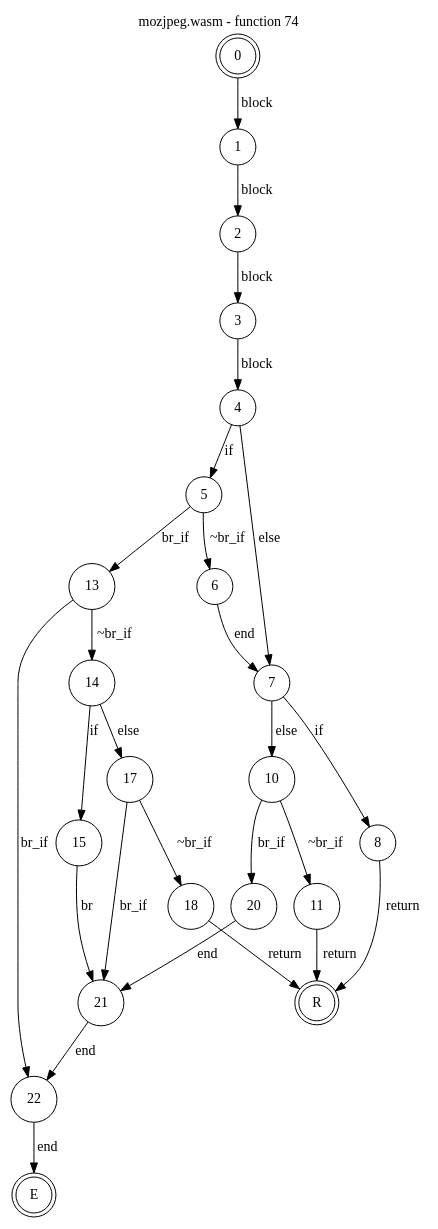
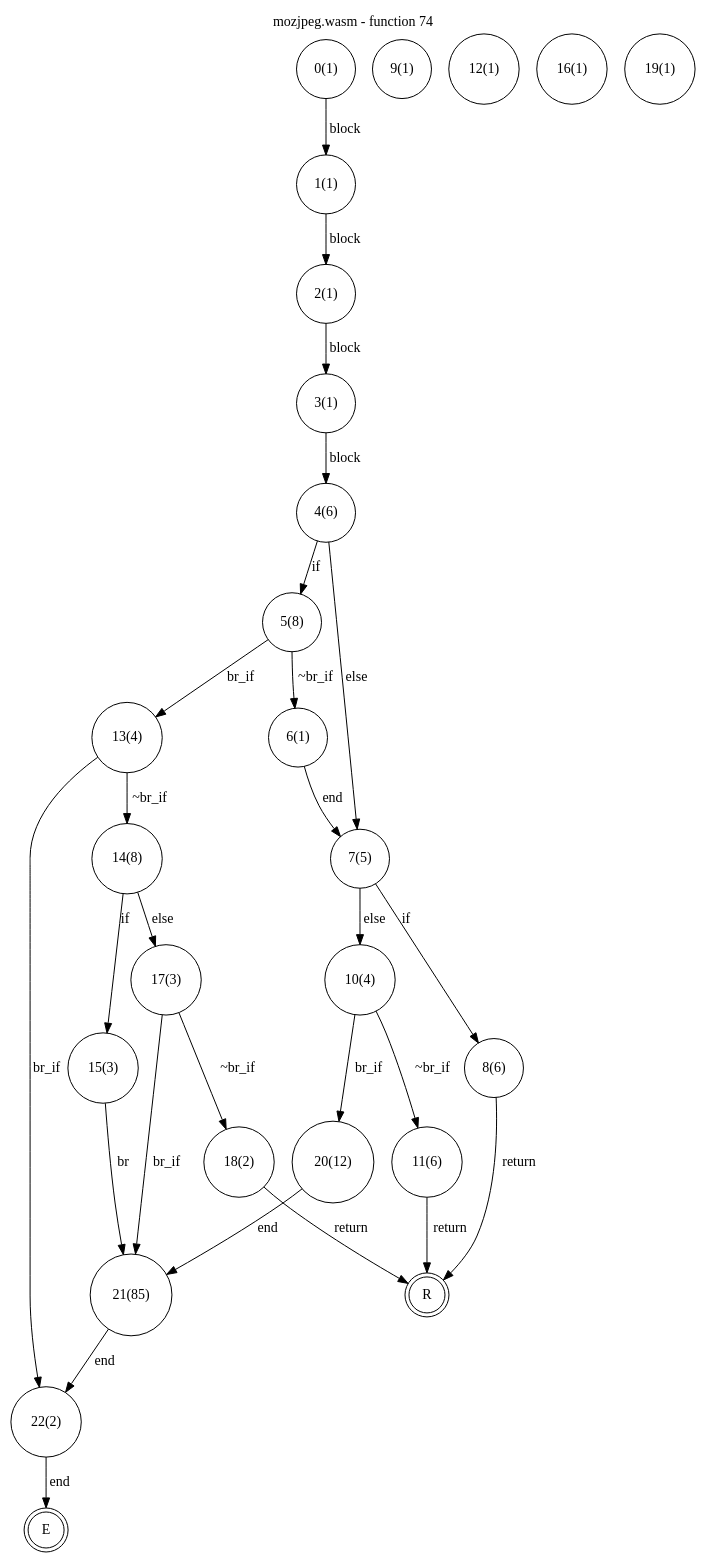
Before and after one commit to jsCarleton/wanalyze: the diagram in test_cases/mozjpeg/funcs/mozjpeg-func74.dot, drawn with Graphviz. The commit also changed 592 other files, not shown here.

```diff
--- a/test_cases/mozjpeg/funcs/mozjpeg-func74.dot
+++ b/test_cases/mozjpeg/funcs/mozjpeg-func74.dot
@@ -1,35 +1,59 @@
 digraph finite_state_machine {
     label = "mozjpeg.wasm - function 74"
     labelloc =  t
     labelfontsize = 16
     labelfontcolor = black
     labelfontname = "Helvetica"
-    node [shape = doublecircle]; 0 E R ;
-    node [shape = circle];
+    node [shape = doublecircle]; E R ;
+node [shape=circle, fontcolor=black, style="", label="0(1)"]0
+node [shape=circle, fontcolor=black, style="", label="1(1)"]1
+node [shape=circle, fontcolor=black, style="", label="2(1)"]2
+node [shape=circle, fontcolor=black, style="", label="3(1)"]3
+node [shape=circle, fontcolor=black, style="", label="4(6)"]4
+node [shape=circle, fontcolor=black, style="", label="5(8)"]5
+node [shape=circle, fontcolor=black, style="", label="6(1)"]6
+node [shape=circle, fontcolor=black, style="", label="7(5)"]7
+node [shape=circle, fontcolor=black, style="", label="8(6)"]8
+node [shape=circle, fontcolor=black, style="", label="9(1)"]9
+node [shape=circle, fontcolor=black, style="", label="10(4)"]10
+node [shape=circle, fontcolor=black, style="", label="11(6)"]11
+node [shape=circle, fontcolor=black, style="", label="12(1)"]12
+node [shape=circle, fontcolor=black, style="", label="13(4)"]13
+node [shape=circle, fontcolor=black, style="", label="14(8)"]14
+node [shape=circle, fontcolor=black, style="", label="15(3)"]15
+node [shape=circle, fontcolor=black, style="", label="16(1)"]16
+node [shape=circle, fontcolor=black, style="", label="17(3)"]17
+node [shape=circle, fontcolor=black, style="", label="18(2)"]18
+node [shape=circle, fontcolor=black, style="", label="19(1)"]19
+node [shape=circle, fontcolor=black, style="", label="20(12)"]20
+node [shape=circle, fontcolor=black, style="", label="21(85)"]21
+node [shape=circle, fontcolor=black, style="", label="22(2)"]22
+node [shape=circle, fontcolor=black, style="", label="E"]E
+node [shape=circle, fontcolor=black, style="", label="R"]R
     0 -> 1[label="block"];
     1 -> 2[label="block"];
     2 -> 3[label="block"];
     3 -> 4[label="block"];
     4 -> 5[label="if"];
     4 -> 7[label="else"];
     5 -> 6[label="~br_if"];
     5 -> 13[label="br_if"];
     6 -> 7[label="end"];
     7 -> 8[label="if"];
     7 -> 10[label="else"];
     8 -> R[label="return"];
     10 -> 11[label="~br_if"];
     10 -> 20[label="br_if"];
     11 -> R[label="return"];
     13 -> 14[label="~br_if"];
     13 -> 22[label="br_if"];
     14 -> 15[label="if"];
     14 -> 17[label="else"];
     15 -> 21[label="br"];
     17 -> 18[label="~br_if"];
     17 -> 21[label="br_if"];
     18 -> R[label="return"];
     20 -> 21[label="end"];
     21 -> 22[label="end"];
     22 -> E[label="end"];
 }
```
